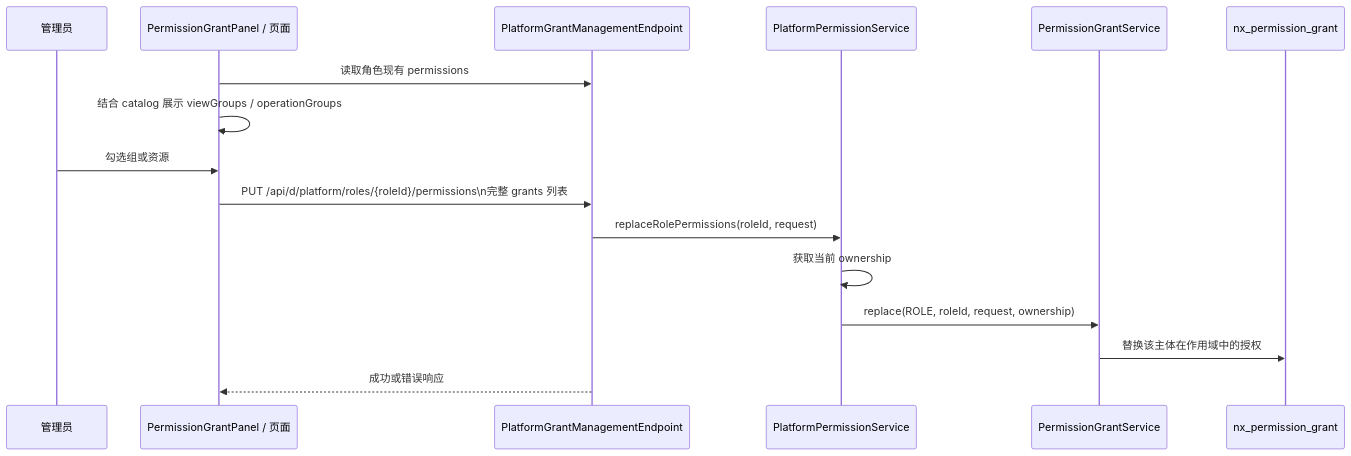
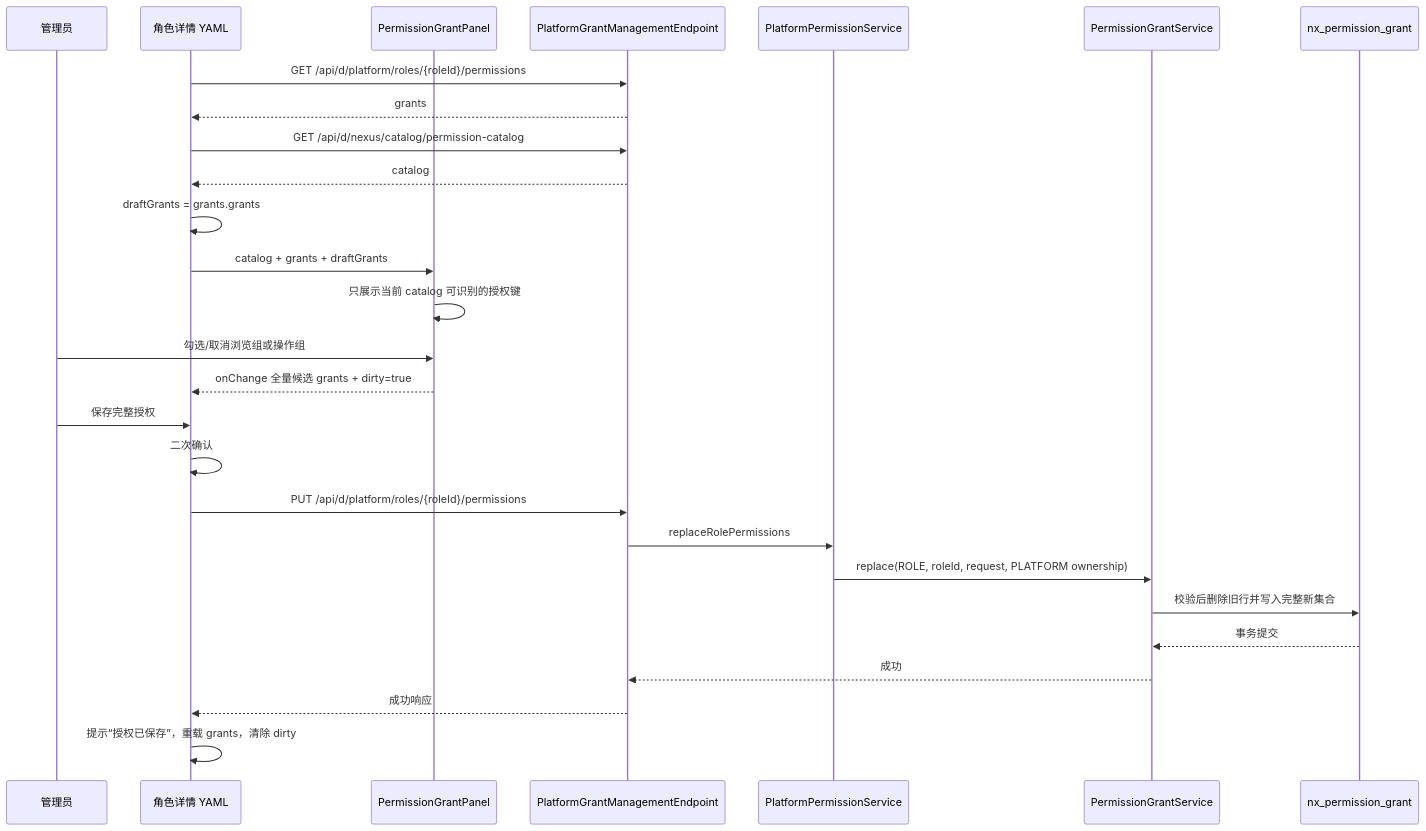
One commit to innospots/innospots-nexus changed the second of 5 diagrams in docs/design/console-authorization-implementation.md. Above: the diagram before and after it, drawn with Mermaid. The commit also changed other lines of this file, not shown here.

````diff
--- a/docs/design/console-authorization-implementation.md
+++ b/docs/design/console-authorization-implementation.md
@@ -77,18 +245,30 @@
 ```mermaid
 sequenceDiagram
- participant U as 管理员
- participant UI as PermissionGrantPanel / 页面
- participant API as PlatformGrantManagementEndpoint
- participant S as PlatformPermissionService
- participant G as PermissionGrantService
- participant DB as nx_permission_grant
- UI->>API: 读取角色现有 permissions
- UI->>UI: 结合 catalog 展示 viewGroups / operationGroups
- U->>UI: 勾选组或资源
- UI->>API: PUT /api/d/platform/roles/{roleId}/permissions\n完整 grants 列表
- API->>S: replaceRolePermissions(roleId, request)
- S->>S: 获取当前 ownership
- S->>G: replace(ROLE, roleId, request, ownership)
- G->>DB: 替换该主体在作用域中的授权
- API-->>UI: 成功或错误响应
+    participant U as 管理员
+    participant Y as 角色详情 YAML
+    participant C as PermissionGrantPanel
+    participant API as PlatformGrantManagementEndpoint
+    participant S as PlatformPermissionService
+    participant G as PermissionGrantService
+    participant DB as nx_permission_grant
+
+    Y->>API: GET /api/d/platform/roles/{roleId}/permissions
+    API-->>Y: grants
+    Y->>API: GET /api/d/nexus/catalog/permission-catalog
+    API-->>Y: catalog
+    Y->>Y: draftGrants = grants.grants
+    Y->>C: catalog + grants + draftGrants
+    C->>C: 只展示当前 catalog 可识别的授权键
+    U->>C: 勾选/取消浏览组或操作组
+    C-->>Y: onChange 全量候选 grants + dirty=true
+    U->>Y: 保存完整授权
+    Y->>Y: 二次确认
+    Y->>API: PUT /api/d/platform/roles/{roleId}/permissions
+    API->>S: replaceRolePermissions
+    S->>G: replace(ROLE, roleId, request, PLATFORM ownership)
+    G->>DB: 校验后删除旧行并写入完整新集合
+    DB-->>G: 事务提交
+    G-->>API: 成功
+    API-->>Y: 成功响应
+    Y->>Y: 提示“授权已保存”，重载 grants，清除 dirty
 ```
````
